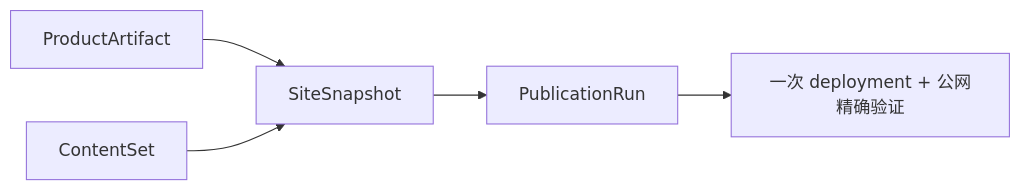
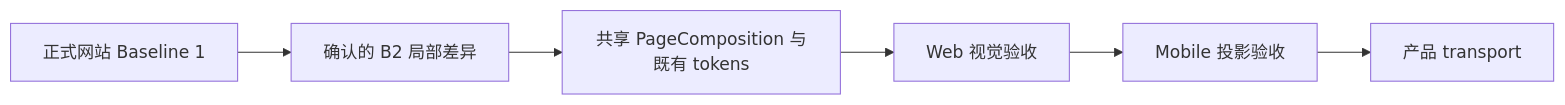
The diagram in docs/iterations/current.md (Chizheng4/xingbuild), drawn with Mermaid before and after one commit. The commit also changed other lines of this file and 19 other files, not shown here.

````diff
--- a/docs/iterations/current.md
+++ b/docs/iterations/current.md
@@ -15,7 +15,8 @@
 ```mermaid
 flowchart LR
-  A[ProductArtifact] --> C[SiteSnapshot]
-  B[ContentSet] --> C
-  C --> D[PublicationRun]
-  D --> E[一次 deployment + 公网精确验证]
+  A[正式网站 Baseline 1] --> B[确认的 B2 局部差异]
+  B --> C[共享 PageComposition 与既有 tokens]
+  C --> D[Web 视觉验收]
+  D --> E[Mobile 投影验收]
+  E --> F[产品 transport]
 ```
````
